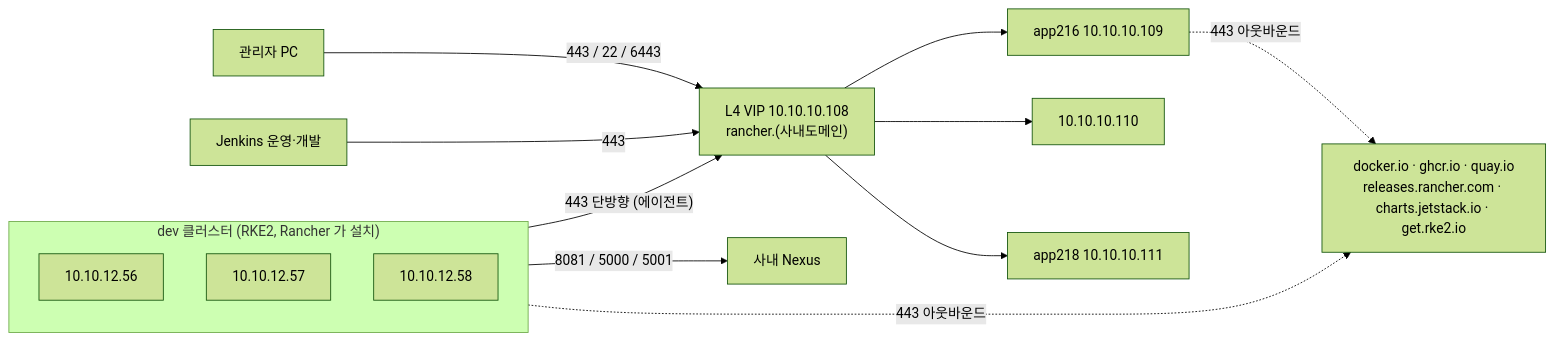
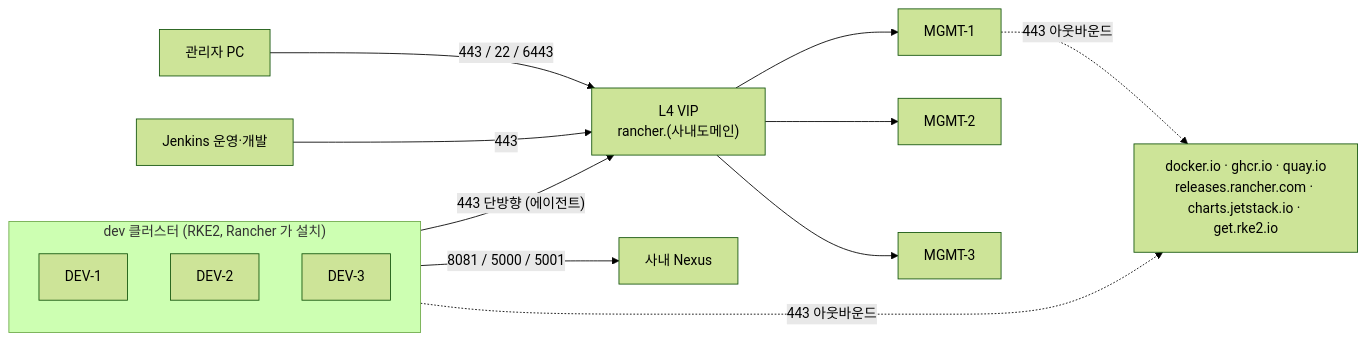
The diagram in docs/worklog/2026-10-12-rancher-rke2-onprem-prep.md (kst13/devops-note), drawn with Mermaid (forest theme) before and after one commit. The commit also changed other lines of this file and 2 other files, not shown here.

Commit message:
Mask internal IPs and hostnames in worklogs

````diff
--- a/docs/worklog/2026-10-12-rancher-rke2-onprem-prep.md
+++ b/docs/worklog/2026-10-12-rancher-rke2-onprem-prep.md
@@ -7,14 +7,14 @@
 ```mermaid
 flowchart LR
-  pc["관리자 PC"] -- 443 / 22 / 6443 --> l4["L4 VIP 10.10.10.108<br/>rancher.(사내도메인)"]
-  l4 --> m1["app216 10.10.10.109"]
-  l4 --> m2["10.10.10.110"]
-  l4 --> m3["app218 10.10.10.111"]
+  pc["관리자 PC"] -- 443 / 22 / 6443 --> l4["L4 VIP <MGMT_VIP><br/>rancher.(사내도메인)"]
+  l4 --> m1["MGMT-1 <MGMT1_IP>"]
+  l4 --> m2["MGMT-2 <MGMT2_IP>"]
+  l4 --> m3["MGMT-3 <MGMT3_IP>"]
   subgraph dev["dev 클러스터 (RKE2, Rancher 가 설치)"]
-    d1["10.10.12.56"]; d2["10.10.12.57"]; d3["10.10.12.58"]
+    d1["DEV-1"]; d2["DEV-2"]; d3["DEV-3"]
   end
   dev -- "443 단방향 (에이전트)" --> l4
   jk["Jenkins 운영·개발"] -- 443 --> l4
   dev -- "8081 / 5000 / 5001" --> nx["사내 Nexus"]
   m1 & dev -. "443 아웃바운드" .-> reg["docker.io · ghcr.io · quay.io<br/>releases.rancher.com · charts.jetstack.io · get.rke2.io"]
 ```
````
